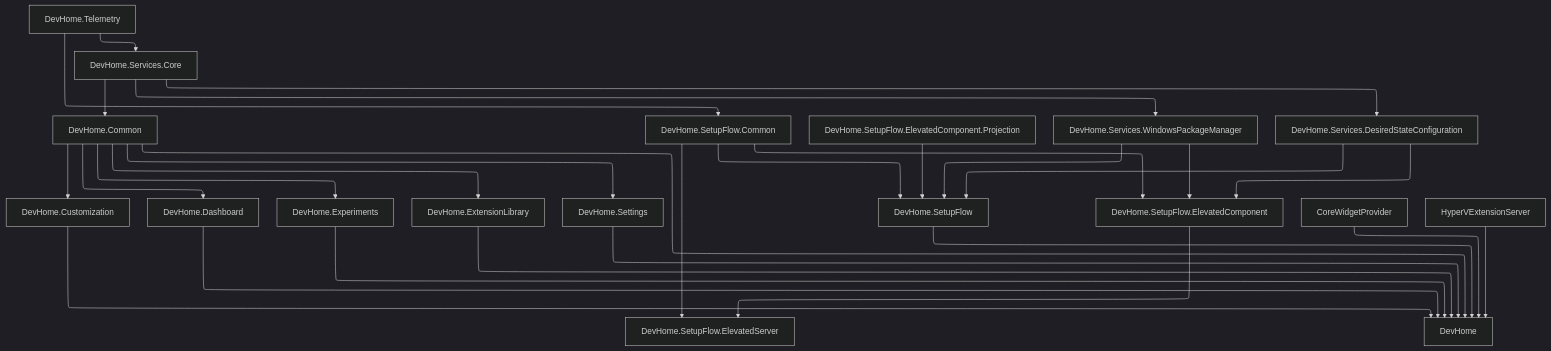
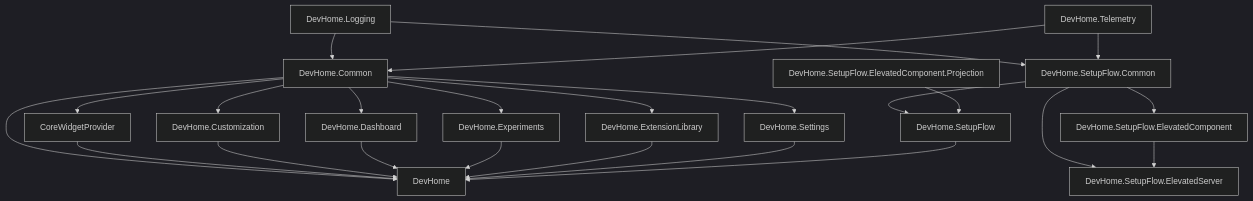
One commit to microsoft/devhome changed the diagram in docs/architecture.md. Above: the diagram before and after it, drawn with Mermaid (dark theme). The commit also changed other lines of this file and 651 other files, not shown here.

````diff
--- a/docs/architecture.md
+++ b/docs/architecture.md
@@ -14,32 +14,26 @@
 ```mermaid
 graph TD;
-    %%{init:{'flowchart':{"defaultRenderer": "elk"}}}%%
+    DevHome.Logging-->DevHome.Common;
+    DevHome.Telemetry-->DevHome.Common;
+    DevHome.Common-->CoreWidgetProvider;
+    DevHome.Common-->DevHome;
     DevHome.Common-->DevHome.Customization;
     DevHome.Common-->DevHome.Dashboard;
     DevHome.Common-->DevHome.Experiments;
     DevHome.Common-->DevHome.ExtensionLibrary;
     DevHome.Common-->DevHome.Settings;
+    DevHome.Logging-->DevHome.SetupFlow.Common;
     DevHome.Telemetry-->DevHome.SetupFlow.Common;
     DevHome.SetupFlow.Common-->DevHome.SetupFlow;
     DevHome.SetupFlow.Common-->DevHome.SetupFlow.ElevatedComponent;
     DevHome.SetupFlow.Common-->DevHome.SetupFlow.ElevatedServer;
     DevHome.SetupFlow.ElevatedComponent-->DevHome.SetupFlow.ElevatedServer;
     DevHome.SetupFlow.ElevatedComponent.Projection-->DevHome.SetupFlow;
     CoreWidgetProvider-->DevHome;
-    HyperVExtensionServer-->DevHome;
-    DevHome.Common-->DevHome;
     DevHome.Customization-->DevHome;
     DevHome.Dashboard-->DevHome;
     DevHome.Experiments-->DevHome;
     DevHome.ExtensionLibrary-->DevHome;
     DevHome.Settings-->DevHome;
     DevHome.SetupFlow-->DevHome;
-    DevHome.Services.Core-->DevHome.Services.WindowsPackageManager;
-    DevHome.Services.Core-->DevHome.Services.DesiredStateConfiguration;
-    DevHome.Telemetry-->DevHome.Services.Core;
-    DevHome.Services.Core-->DevHome.Common;
-    DevHome.Services.WindowsPackageManager-->DevHome.SetupFlow;
-    DevHome.Services.DesiredStateConfiguration-->DevHome.SetupFlow;
-    DevHome.Services.WindowsPackageManager-->DevHome.SetupFlow.ElevatedComponent;
-    DevHome.Services.DesiredStateConfiguration-->DevHome.SetupFlow.ElevatedComponent;
 ```
````
